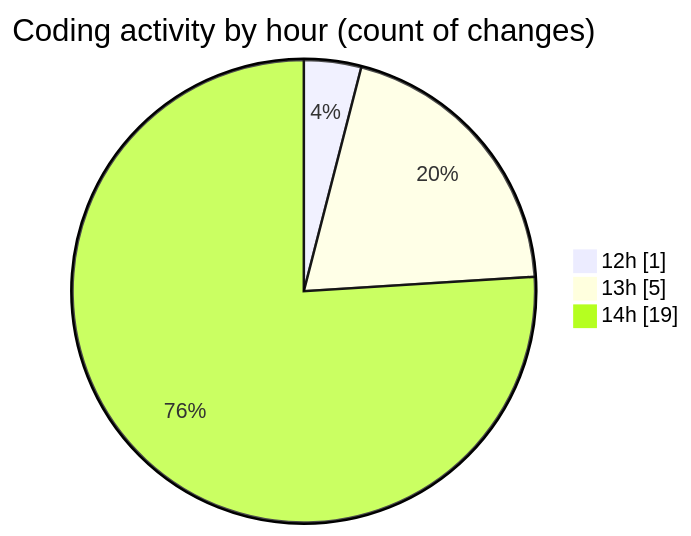
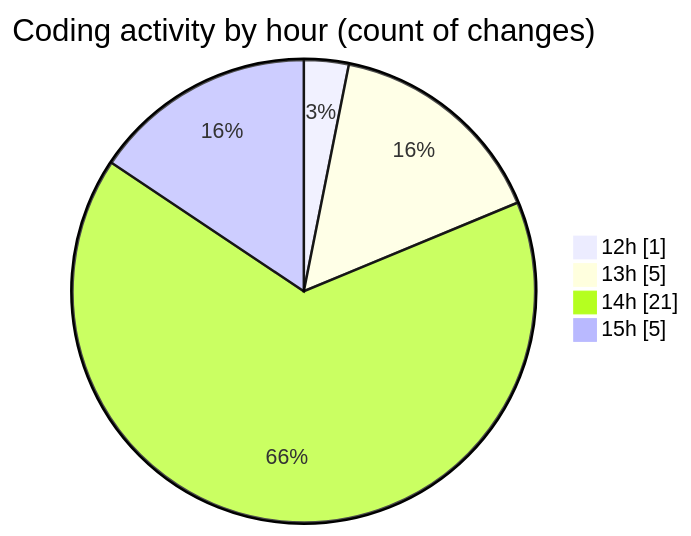
One commit to momahboobian/code-tracking changed the second of 2 diagrams in 2025-03-10/cda/README.md. Above: the diagram before and after it, drawn with Mermaid. The commit also changed other lines of this file and 1 other file, not shown here.

````diff
--- a/2025-03-10/cda/README.md
+++ b/2025-03-10/cda/README.md
@@ -44,7 +48,8 @@
 ```mermaid
 pie showData
 title Coding activity by hour (count of changes)
 "12h" : 1
 "13h" : 5
-"14h" : 19
+"14h" : 21
+"15h" : 5
 ```
````
